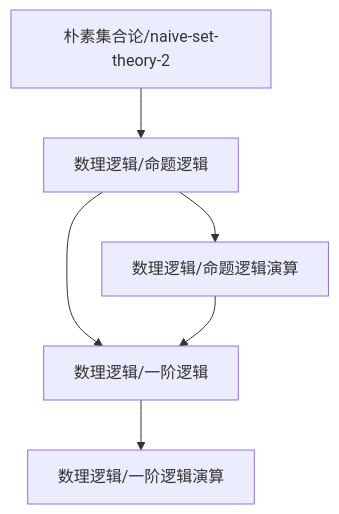
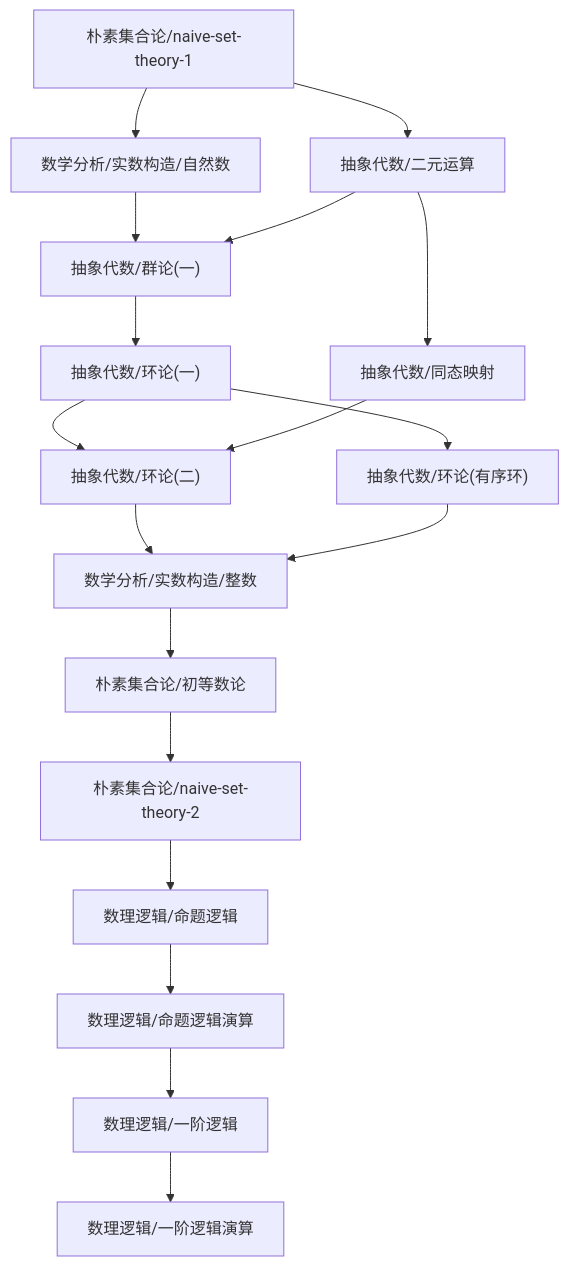
The diagram in content/数理逻辑/dependency_graph.md (zeroDtree/zeroDtree.github.io), drawn with Mermaid before and after one commit. The commit also changed 86 other files, not shown here.

````diff
--- a/content/数理逻辑/dependency_graph.md
+++ b/content/数理逻辑/dependency_graph.md
@@ -1,8 +1,20 @@
 ```mermaid
 graph TD
 1["数理逻辑/一阶逻辑"] --> 0["数理逻辑/一阶逻辑演算"]
-2["数理逻辑/命题逻辑"] --> 1["数理逻辑/一阶逻辑"]
-3["数理逻辑/命题逻辑演算"] --> 1["数理逻辑/一阶逻辑"]
-2["数理逻辑/命题逻辑"] --> 3["数理逻辑/命题逻辑演算"]
-5["朴素集合论/naive-set-theory-2"] --> 2["数理逻辑/命题逻辑"]
+2["数理逻辑/命题逻辑演算"] --> 1["数理逻辑/一阶逻辑"]
+3["数理逻辑/命题逻辑"] --> 2["数理逻辑/命题逻辑演算"]
+5["朴素集合论/naive-set-theory-2"] --> 3["数理逻辑/命题逻辑"]
+6["朴素集合论/初等数论"] --> 5["朴素集合论/naive-set-theory-2"]
+7["数学分析/实数构造/整数"] --> 6["朴素集合论/初等数论"]
+8["抽象代数/环论(二)"] --> 7["数学分析/实数构造/整数"]
+9["抽象代数/环论(有序环)"] --> 7["数学分析/实数构造/整数"]
+10["抽象代数/环论(一)"] --> 8["抽象代数/环论(二)"]
+11["抽象代数/同态映射"] --> 8["抽象代数/环论(二)"]
+10["抽象代数/环论(一)"] --> 9["抽象代数/环论(有序环)"]
+12["抽象代数/群论(一)"] --> 10["抽象代数/环论(一)"]
+13["数学分析/实数构造/自然数"] --> 12["抽象代数/群论(一)"]
+14["抽象代数/二元运算"] --> 12["抽象代数/群论(一)"]
+15["朴素集合论/naive-set-theory-1"] --> 13["数学分析/实数构造/自然数"]
+15["朴素集合论/naive-set-theory-1"] --> 14["抽象代数/二元运算"]
+14["抽象代数/二元运算"] --> 11["抽象代数/同态映射"]
 ```
````
